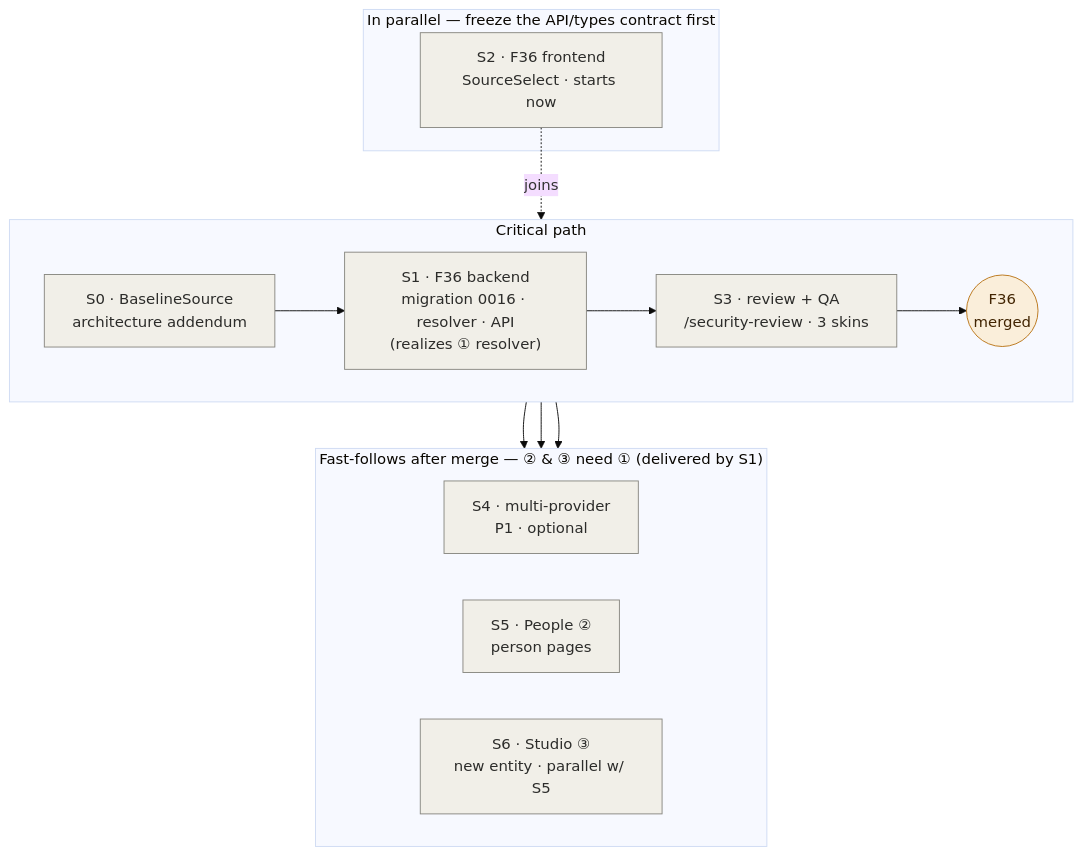
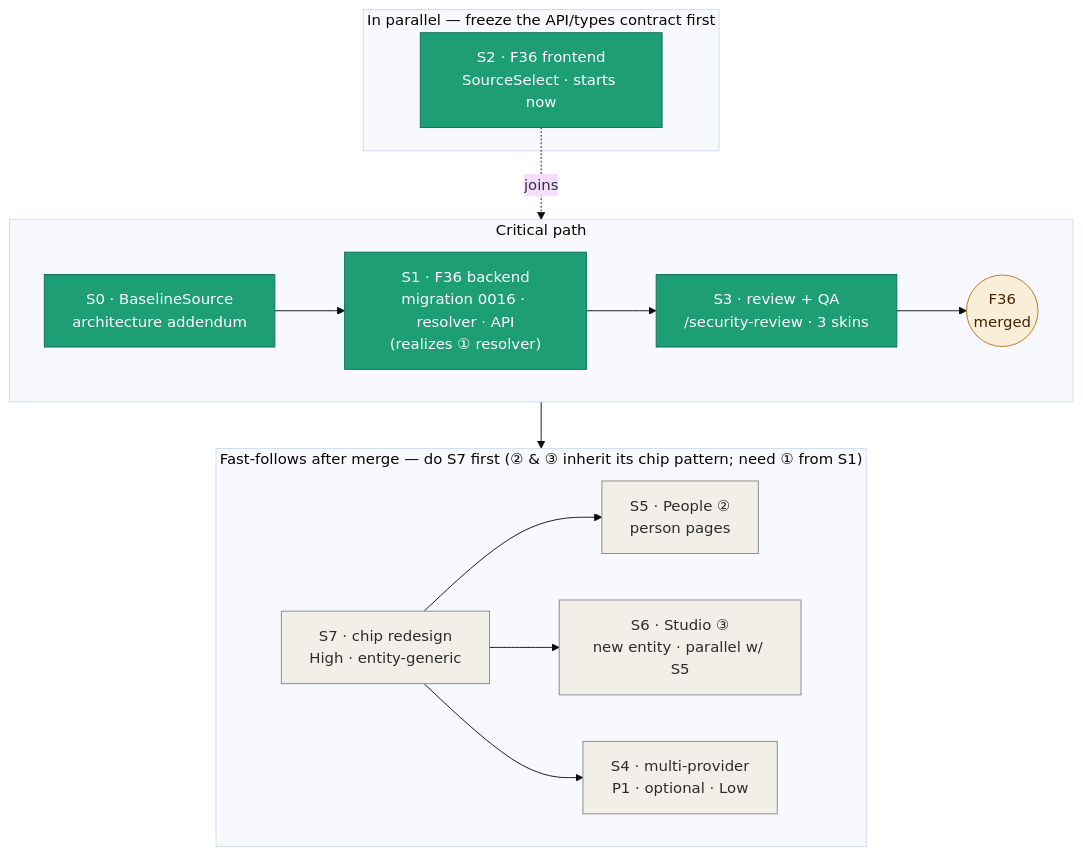
Before and after one commit to whoiskevinrich/holodex: the diagram in docs/plans/field-source-of-truth-rollout.md, drawn with Mermaid (base theme). The commit also changed other lines of this file and 7 other files, not shown here.

````diff
--- a/docs/plans/field-source-of-truth-rollout.md
+++ b/docs/plans/field-source-of-truth-rollout.md
@@ -12,30 +12,33 @@
 ```mermaid
 flowchart TB
   subgraph CP["Critical path"]
     direction LR
     S0["S0 · BaselineSource<br/>architecture addendum"] --> S1["S1 · F36 backend<br/>migration 0016 · resolver · API<br/>(realizes ① resolver)"]
     S1 --> S3["S3 · review + QA<br/>/security-review · 3 skins"]
     S3 --> M(("F36<br/>merged"))
   end
   subgraph PAR["In parallel — freeze the API/types contract first"]
     S2["S2 · F36 frontend<br/>SourceSelect · starts now"]
   end
   S2 -. joins .-> S3
-  subgraph FF["Fast-follows after merge — ② &amp; ③ need ① (delivered by S1)"]
+  subgraph FF["Fast-follows after merge — do S7 first (② &amp; ③ inherit its chip pattern; need ① from S1)"]
     direction LR
-    S4["S4 · multi-provider<br/>P1 · optional"]
+    S7["S7 · chip redesign<br/>High · entity-generic"]
     S5["S5 · People ②<br/>person pages"]
     S6["S6 · Studio ③<br/>new entity · parallel w/ S5"]
+    S4["S4 · multi-provider<br/>P1 · optional · Low"]
   end
-  M --> S4
-  M --> S5
-  M --> S6
+  M --> S7
+  S7 --> S5
+  S7 --> S6
+  S7 --> S4
 
   classDef done fill:#1d9e75,stroke:#0f6e56,color:#ffffff;
   classDef active fill:#378add,stroke:#185fa5,color:#ffffff;
   classDef pending fill:#f1efe8,stroke:#888780,color:#2c2c2a;
   classDef gate fill:#faeeda,stroke:#ba7517,color:#412402;
 
-  class S0,S1,S2,S3,S4,S5,S6 pending;
+  class S4,S5,S6,S7 pending;
+  class S0,S1,S2,S3 done;
   class M gate;
 ```
````
